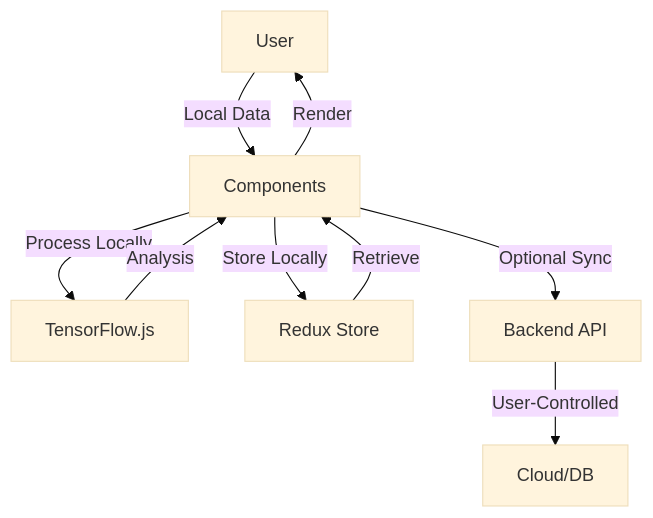
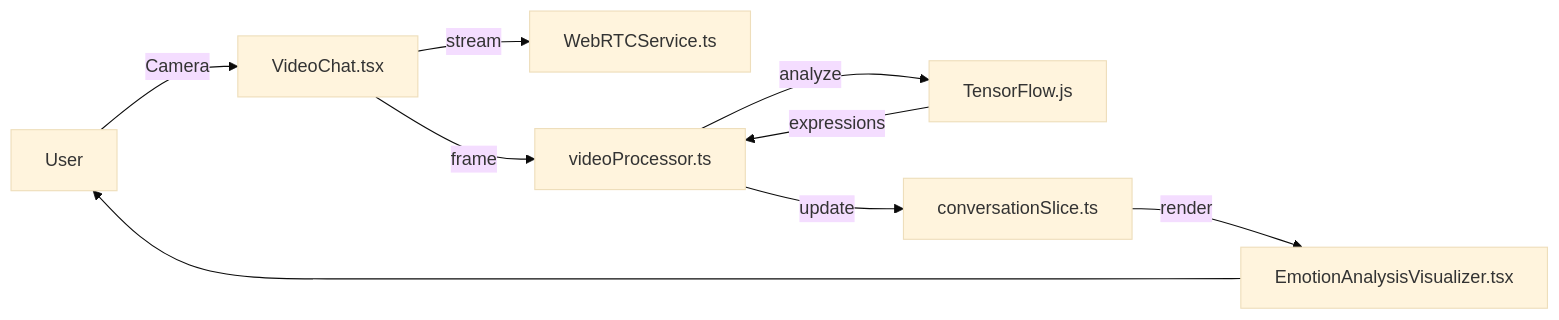
Before and after one commit to rbasina/ai-communication-companion: the third of 4 diagrams in README.md, drawn with Mermaid (base theme). The commit also changed other lines of this file, not shown here.

````diff
--- a/README.md
+++ b/README.md
@@ -97,11 +102,11 @@
 ```mermaid
-graph TB
-    A[User] -->|Local Data| B[Components]
-    B -->|Process Locally| C[TensorFlow.js]
-    C -->|Analysis| B
-    B -->|Store Locally| D[Redux Store]
-    D -->|Retrieve| B
-    B -->|Optional Sync| E[Backend API]
-    E -->|User-Controlled| F[Cloud/DB]
-    B -->|Render| A
+graph LR
+    A[User] -->|Camera| B[VideoChat.tsx]
+    B -->|stream| C[WebRTCService.ts]
+    B -->|frame| D[videoProcessor.ts]
+    D -->|analyze| E[TensorFlow.js]
+    E -->|expressions| D
+    D -->|update| F[conversationSlice.ts]
+    F -->|render| G[EmotionAnalysisVisualizer.tsx]
+    G --> A
 ```
````
